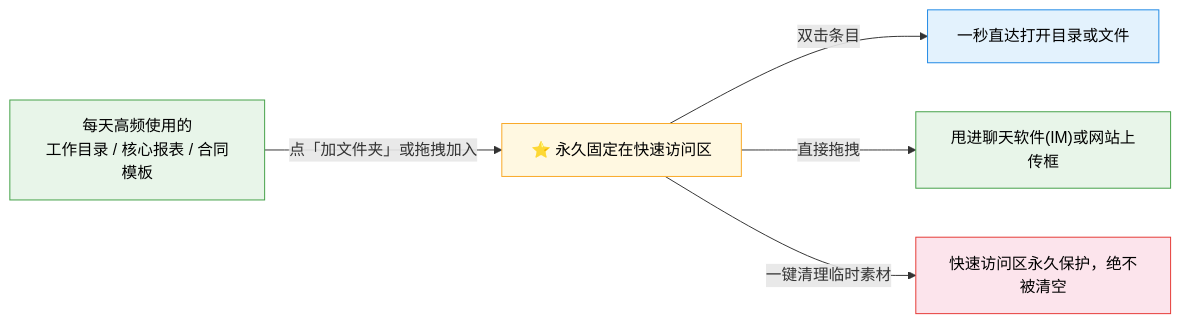
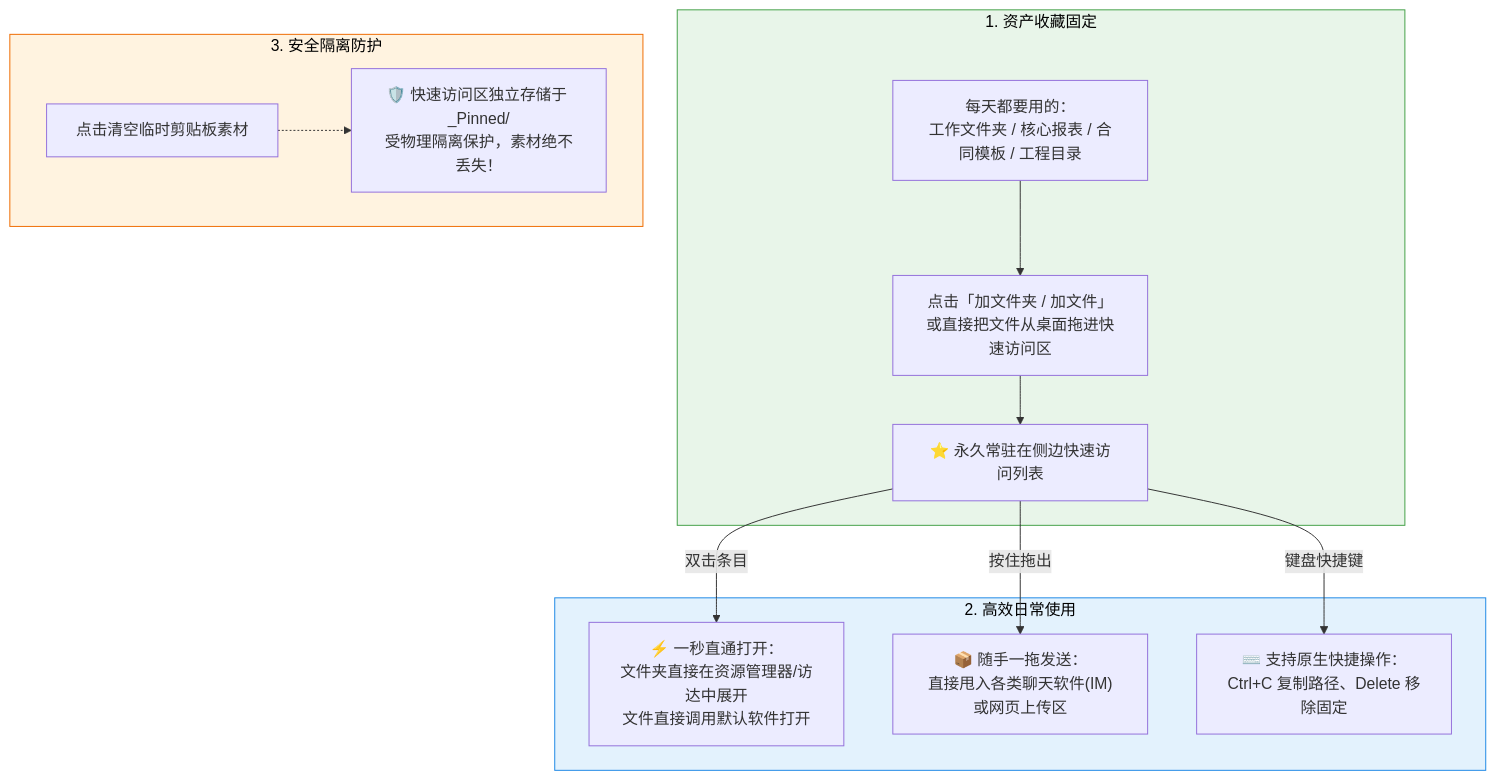
One commit to CatBoss-Paw/EasyClipboard changed the third of 7 diagrams in README.md. Above: the diagram before and after it, drawn with Mermaid. The commit also changed other lines of this file, not shown here.

Commit message:
docs: 完善README全景架构与六大核心特性的详细全链路Mermaid图解与精修话术

````diff
--- a/README.md
+++ b/README.md
@@ -91,13 +143,21 @@
 ```mermaid
-graph LR
-    A["每天高频使用的<br/>工作目录 / 核心报表 / 合同模板"] -->|点「加文件夹」或拖拽加入| B["⭐ 永久固定在快速访问区"]
-    B -->|双击条目| C["一秒直达打开目录或文件"]
-    B -->|直接拖拽| D["甩进聊天软件(IM)或网站上传框"]
-    B -->|一键清理临时素材| E["快速访问区永久保护，绝不被清空"]
+graph TD
+    subgraph PIN_IN ["1. 资产收藏固定"]
+        SRC["每天都要用的：<br/>工作文件夹 / 核心报表 / 合同模板 / 工程目录"] --> ADD_ACT["点击「加文件夹 / 加文件」<br/>或直接把文件从桌面拖进快速访问区"]
+        ADD_ACT --> PIN_LIST["⭐ 永久常驻在侧边快速访问列表"]
+    end
 
-    style A fill:#e8f5e9,stroke:#43a047,color:#000
-    style B fill:#fff8e1,stroke:#f9a825,color:#000
-    style C fill:#e3f2fd,stroke:#1e88e5,color:#000
-    style D fill:#e8f5e9,stroke:#43a047,color:#000
-    style E fill:#fce4ec,stroke:#e53935,color:#000
+    subgraph PIN_USE ["2. 高效日常使用"]
+        PIN_LIST -->|双击条目| OP1["⚡ 一秒直通打开：<br/>文件夹直接在资源管理器/访达中展开<br/>文件直接调用默认软件打开"]
+        PIN_LIST -->|按住拖出| OP2["📦 随手一拖发送：<br/>直接甩入各类聊天软件(IM)或网页上传区"]
+        PIN_LIST -->|键盘快捷键| OP3["⌨️ 支持原生快捷操作：<br/>Ctrl+C 复制路径、Delete 移除固定"]
+    end
+
+    subgraph PIN_SAFE ["3. 安全隔离防护"]
+        CLEAN["点击清空临时剪贴板素材"] -.-> SHIELD["🛡️ 快速访问区独立存储于 _Pinned/<br/>受物理隔离保护，素材绝不丢失！"]
+    end
+
+    style PIN_IN fill:#e8f5e9,stroke:#43a047,color:#000
+    style PIN_USE fill:#e3f2fd,stroke:#1e88e5,color:#000
+    style PIN_SAFE fill:#fff3e0,stroke:#ef6c00,color:#000
 ```
````
